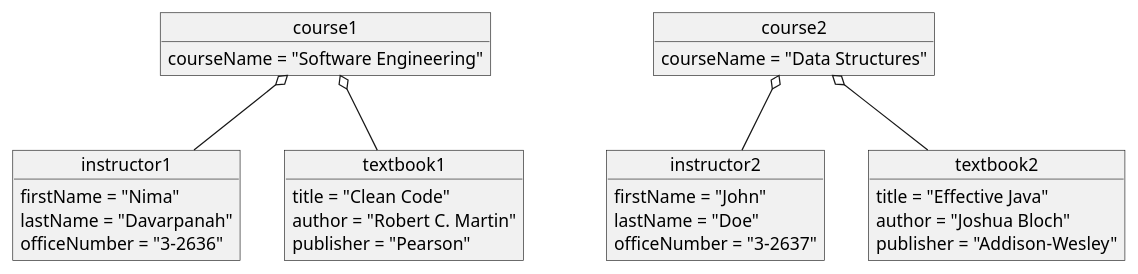
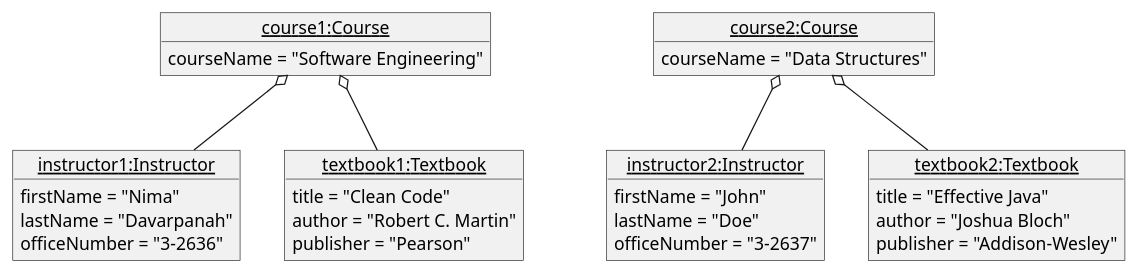
Before and after one commit to Oxalate2/CS4800_HW3_UML: the diagram in Aggregation_Object.puml, drawn with PlantUML.

```diff
--- a/Aggregation_Object.puml
+++ b/Aggregation_Object.puml
@@ -1,47 +1,40 @@
 @startuml
 
-object instructor1
-object instructor2
-object textbook1
-object textbook2
-object course1
-object course2
-
-object instructor1 {
+object "<u>instructor1:Instructor</u>" as ins1 {
     firstName = "Nima"
     lastName = "Davarpanah"
     officeNumber = "3-2636"
 }
 
-object instructor2 {
+object "<u>instructor2:Instructor</u>" as ins2 {
     firstName = "John"
     lastName = "Doe"
     officeNumber = "3-2637"
 }
 
-object textbook1 {
+object "<u>textbook1:Textbook</u>" as txt1 {
     title = "Clean Code"
     author = "Robert C. Martin"
     publisher = "Pearson"
 }
 
-object textbook2 {
+object "<u>textbook2:Textbook</u>" as txt2 {
     title = "Effective Java"
     author = "Joshua Bloch"
     publisher = "Addison-Wesley"
 }
 
-object course1 {
+object "<u>course1:Course</u>" as crs1 {
     courseName = "Software Engineering"
 }
 
-object course2 {
+object "<u>course2:Course</u>" as crs2 {
     courseName = "Data Structures"
 }
 
-course1 o-- instructor1
-course1 o-- textbook1
-course2 o-- instructor2
-course2 o-- textbook2
+crs1 o-- ins1
+crs1 o-- txt1
+crs2 o-- ins2
+crs2 o-- txt2
 
 @enduml
```
